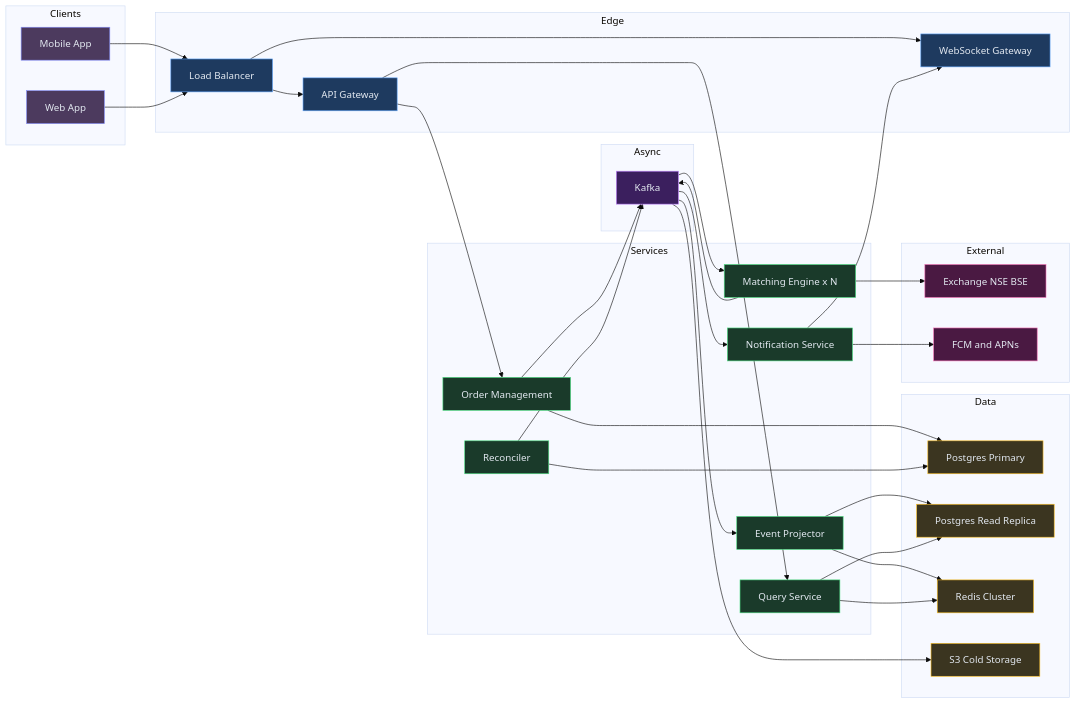
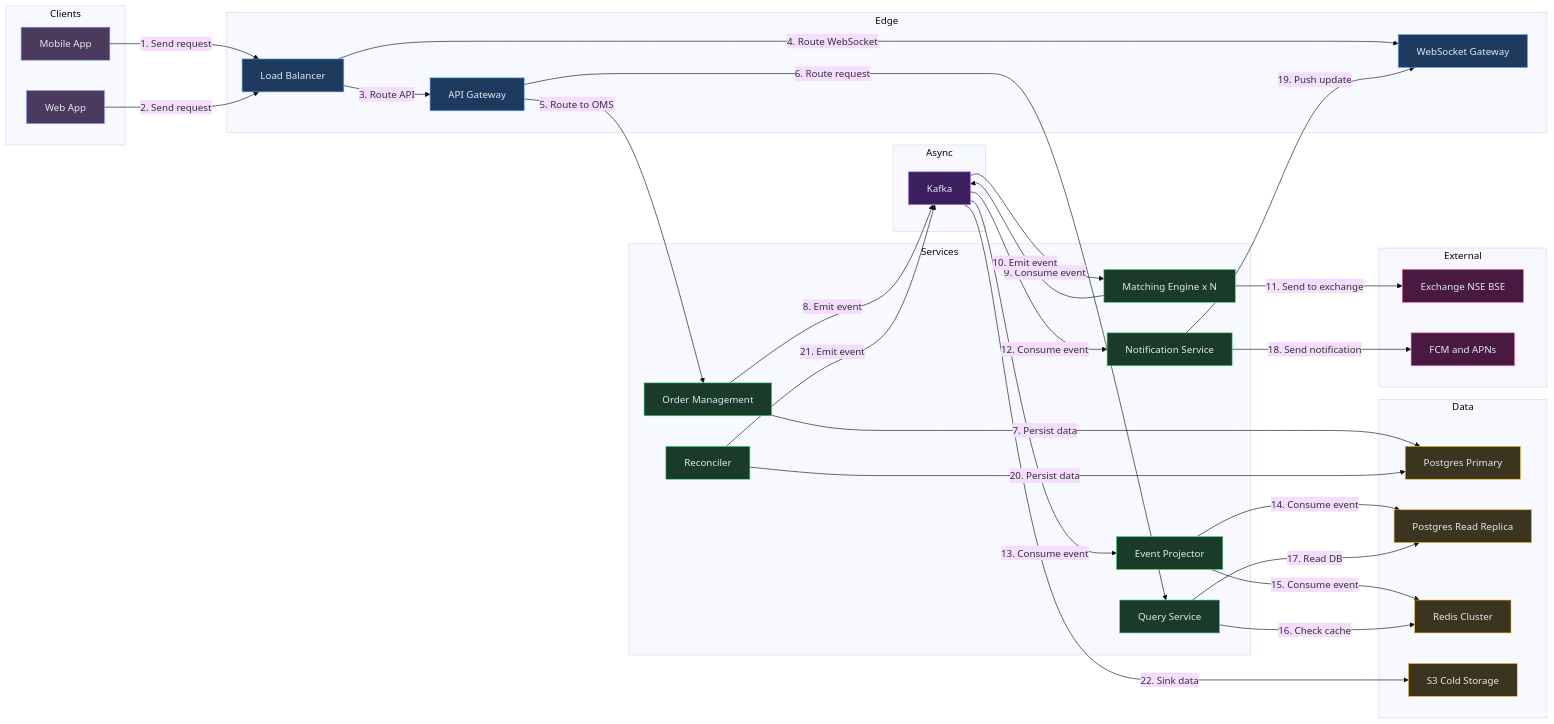
Before and after one commit to iluzn/HLD-Designs: the ninth of 9 diagrams in content/hld/StockBroker.md, drawn with Mermaid (base theme). The commit also changed other lines of this file and 27 other files, not shown here.

````diff
--- a/content/hld/StockBroker.md
+++ b/content/hld/StockBroker.md
@@ -564,68 +564,68 @@
 ```mermaid
 flowchart LR
     subgraph Clients
         MOB["Mobile App"]:::client
         WEB["Web App"]:::client
     end
 
     subgraph Edge
         LB["Load Balancer"]:::edge
         GW["API Gateway"]:::edge
         WSG["WebSocket Gateway"]:::edge
     end
 
     subgraph Services
         OMS["Order Management"]:::service
         ME["Matching Engine x N"]:::service
         QS["Query Service"]:::service
         NS["Notification Service"]:::service
         REC["Reconciler"]:::service
         PROJ["Event Projector"]:::service
     end
 
     subgraph Async
         KF["Kafka"]:::async
     end
 
     subgraph Data
         PG["Postgres Primary"]:::data
         PGR["Postgres Read Replica"]:::data
         RD["Redis Cluster"]:::data
         S3["S3 Cold Storage"]:::data
     end
 
     subgraph External
         EX["Exchange NSE BSE"]:::external
         FCM["FCM and APNs"]:::external
     end
 
-    MOB --> LB
-    WEB --> LB
-    LB --> GW
-    LB --> WSG
-    GW --> OMS
-    GW --> QS
-    OMS --> PG
-    OMS --> KF
-    KF --> ME
-    ME --> KF
-    ME --> EX
-    KF --> NS
-    KF --> PROJ
-    PROJ --> PGR
-    PROJ --> RD
-    QS --> RD
-    QS --> PGR
-    NS --> FCM
-    NS --> WSG
-    REC --> PG
-    REC --> KF
-    KF --> S3
+    MOB -->|"1. Send request"| LB
+    WEB -->|"2. Send request"| LB
+    LB -->|"3. Route API"| GW
+    LB -->|"4. Route WebSocket"| WSG
+    GW -->|"5. Route to OMS"| OMS
+    GW -->|"6. Route request"| QS
+    OMS -->|"7. Persist data"| PG
+    OMS -->|"8. Emit event"| KF
+    KF -->|"9. Consume event"| ME
+    ME -->|"10. Emit event"| KF
+    ME -->|"11. Send to exchange"| EX
+    KF -->|"12. Consume event"| NS
+    KF -->|"13. Consume event"| PROJ
+    PROJ -->|"14. Consume event"| PGR
+    PROJ -->|"15. Consume event"| RD
+    QS -->|"16. Check cache"| RD
+    QS -->|"17. Read DB"| PGR
+    NS -->|"18. Send notification"| FCM
+    NS -->|"19. Push update"| WSG
+    REC -->|"20. Persist data"| PG
+    REC -->|"21. Emit event"| KF
+    KF -->|"22. Sink data"| S3
 
     classDef client fill:#4c3a5e,stroke:#818cf8,color:#e2e8f0
     classDef edge fill:#1e3a5f,stroke:#60a5fa,color:#e2e8f0
     classDef service fill:#1a3a2a,stroke:#4ade80,color:#e2e8f0
     classDef async fill:#3b1f5e,stroke:#c084fc,color:#e2e8f0
     classDef data fill:#3b3520,stroke:#fbbf24,color:#e2e8f0
     classDef external fill:#4a1942,stroke:#f472b6,color:#e2e8f0
 ```
````
